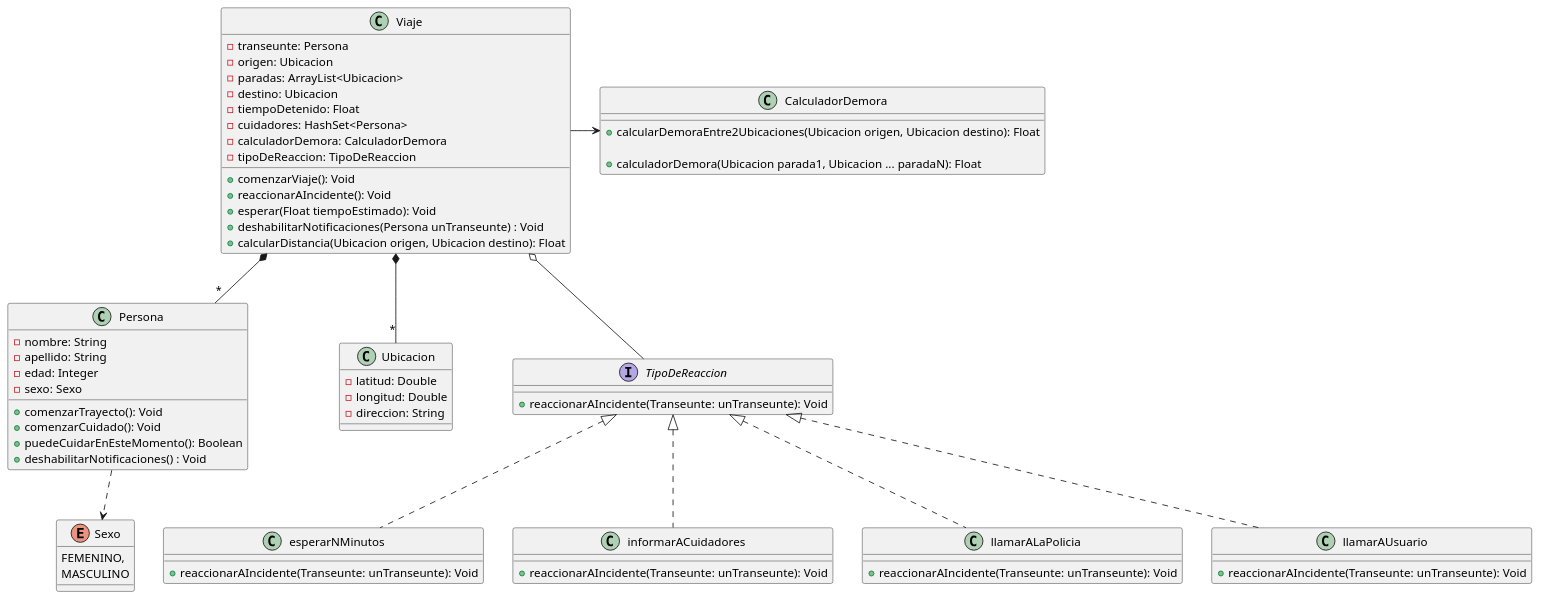
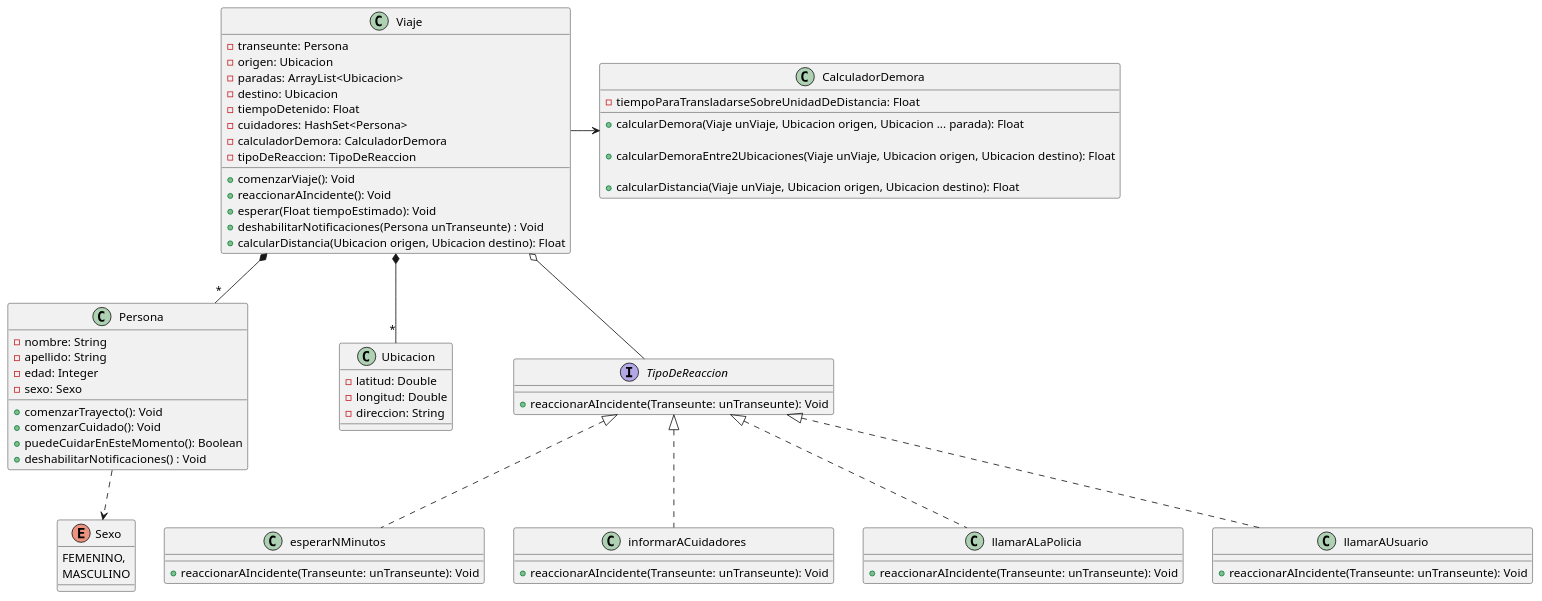
Before and after one commit to liamwilk/tp-cuidandonos: the diagram in src/main/java/domain/entities/diagram.puml, drawn with PlantUML. The commit also changed 2 other files, not shown here.

Commit message:
fix: CalculadorDemora firm methods Co-authored-by: AAMazzini03 <amazzini@frba.utn.edu.ar>

```diff
--- a/src/main/java/domain/entities/diagram.puml
+++ b/src/main/java/domain/entities/diagram.puml
@@ -1,75 +1,79 @@
 @startuml
 
 Persona ..> Sexo
 Viaje *-- "*" Persona
 Viaje *-- "*" Ubicacion
 Viaje o-- TipoDeReaccion
 Viaje -> CalculadorDemora
 
 class Persona{
     -nombre: String
     -apellido: String
     -edad: Integer
     -sexo: Sexo
 
     +comenzarTrayecto(): Void
     +comenzarCuidado(): Void
     +puedeCuidarEnEsteMomento(): Boolean
     +deshabilitarNotificaciones() : Void
 }
 
 Enum Sexo{
     FEMENINO,
     MASCULINO
 }
 
 class Viaje{
     -transeunte: Persona
     -origen: Ubicacion
     -paradas: ArrayList<Ubicacion>
     -destino: Ubicacion
     -tiempoDetenido: Float
     -cuidadores: HashSet<Persona>
     -calculadorDemora: CalculadorDemora
     -tipoDeReaccion: TipoDeReaccion
 
     +comenzarViaje(): Void
     +reaccionarAIncidente(): Void
     +esperar(Float tiempoEstimado): Void
     +deshabilitarNotificaciones(Persona unTranseunte) : Void
     +calcularDistancia(Ubicacion origen, Ubicacion destino): Float
 }
 
 class CalculadorDemora{
-    +calcularDemoraEntre2Ubicaciones(Ubicacion origen, Ubicacion destino): Float
+    -tiempoParaTransladarseSobreUnidadDeDistancia: Float
 
-    +calculadorDemora(Ubicacion parada1, Ubicacion ... paradaN): Float
+    +calcularDemora(Viaje unViaje, Ubicacion origen, Ubicacion ... parada): Float
+
+    +calcularDemoraEntre2Ubicaciones(Viaje unViaje, Ubicacion origen, Ubicacion destino): Float
+
+    +calcularDistancia(Viaje unViaje, Ubicacion origen, Ubicacion destino): Float
 }
 
 class Ubicacion{
     -latitud: Double
     -longitud: Double
     -direccion: String
 }
 
 interface TipoDeReaccion{
     +reaccionarAIncidente(Transeunte: unTranseunte): Void
 }
 
 class esperarNMinutos implements TipoDeReaccion{
     +reaccionarAIncidente(Transeunte: unTranseunte): Void
 }
 
 class informarACuidadores implements TipoDeReaccion{
     +reaccionarAIncidente(Transeunte: unTranseunte): Void
 }
 
 class llamarALaPolicia implements TipoDeReaccion{
     +reaccionarAIncidente(Transeunte: unTranseunte): Void
 }
 
 class llamarAUsuario implements TipoDeReaccion{
     +reaccionarAIncidente(Transeunte: unTranseunte): Void
 }
 
 @enduml
```
